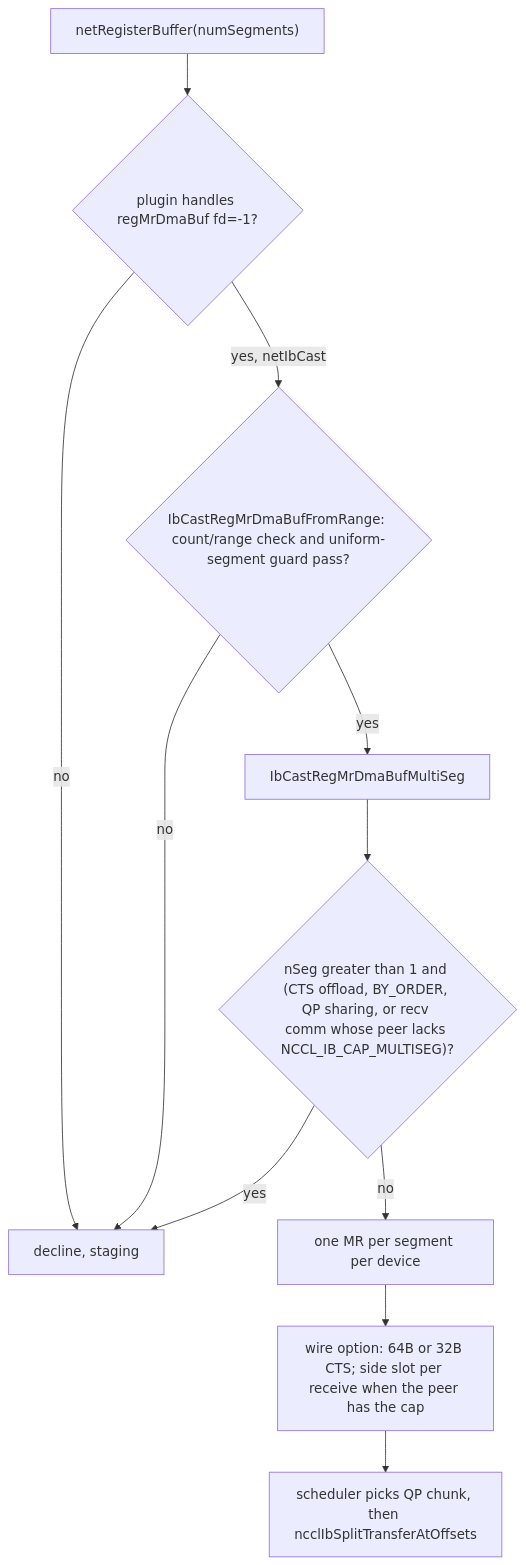
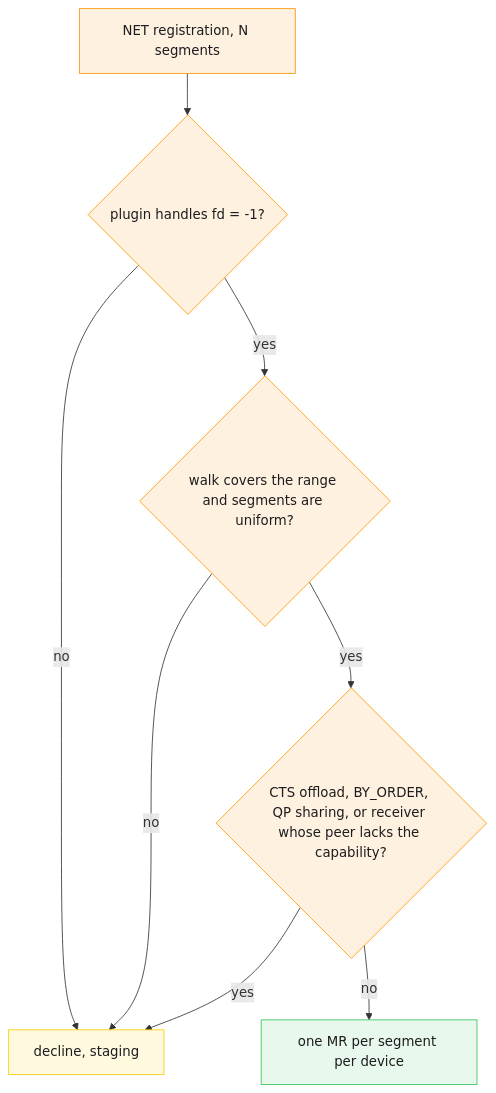
Before and after one commit to ROCm/rocm-systems: the first of 2 diagrams in projects/rccl/docs/design/multi_segment_netib_cast.md, drawn with Mermaid. The commit also changed other lines of this file and 18 other files, not shown here.

First line of the commit message:
docs: reorganize the multi-segment design notes and add a code map

````diff
--- a/projects/rccl/docs/design/multi_segment_netib_cast.md
+++ b/projects/rccl/docs/design/multi_segment_netib_cast.md
@@ -311,13 +38,16 @@
 ```mermaid
 flowchart TD
-  A["netRegisterBuffer(numSegments)"] --> P{"plugin handles regMrDmaBuf fd=-1?"}
-  P -->|no| DEC["decline, staging"]
-  P -->|yes, netIbCast| U{"IbCastRegMrDmaBufFromRange: count/range check and uniform-segment guard pass?"}
-  U -->|no| DEC
-  U -->|yes| E["IbCastRegMrDmaBufMultiSeg"]
-  E --> Off{"nSeg greater than 1 and (CTS offload, BY_ORDER, QP sharing, or recv comm whose peer lacks NCCL_IB_CAP_MULTISEG)?"}
-  Off -->|yes| DEC
-  Off -->|no| M["one MR per segment per device"]
-  M --> R["wire option: 64B or 32B CTS; side slot per receive when the peer has the cap"]
-  R --> S["scheduler picks QP chunk, then ncclIbSplitTransferAtOffsets"]
+ a["NET registration, N segments"] --> p{"plugin handles fd = -1?"}
+ p -->|no| dec["decline, staging"]
+ p -->|yes| u{"walk covers the range and segments are uniform?"}
+ u -->|no| dec
+ u -->|yes| off{"CTS offload, BY_ORDER, QP sharing, or receiver whose peer lacks the capability?"}
+ off -->|yes| dec
+ off -->|no| m["one MR per segment per device"]
+ classDef ibcast fill:#fff1e0,stroke:#ff9500,color:#1d1d1f
+ classDef okpath fill:#e8f8ec,stroke:#34c759,color:#1d1d1f
+ classDef stagepath fill:#fff9e0,stroke:#ffcc00,color:#1d1d1f
+ class a,p,u,off ibcast
+ class m okpath
+ class dec stagepath
 ```
````
